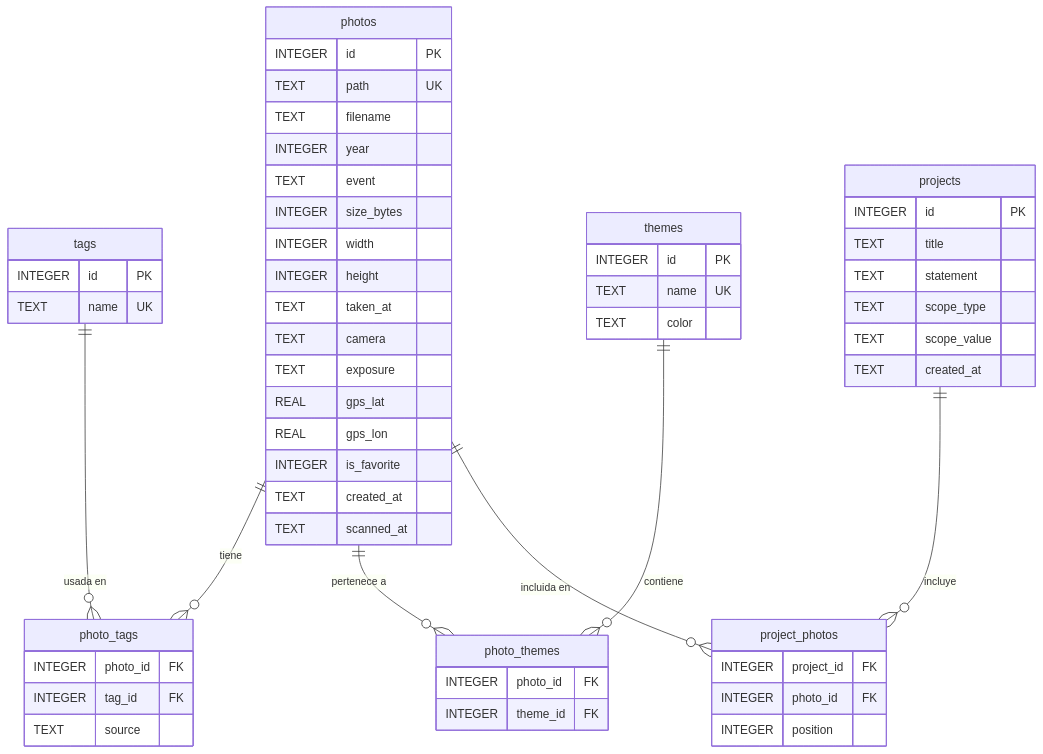
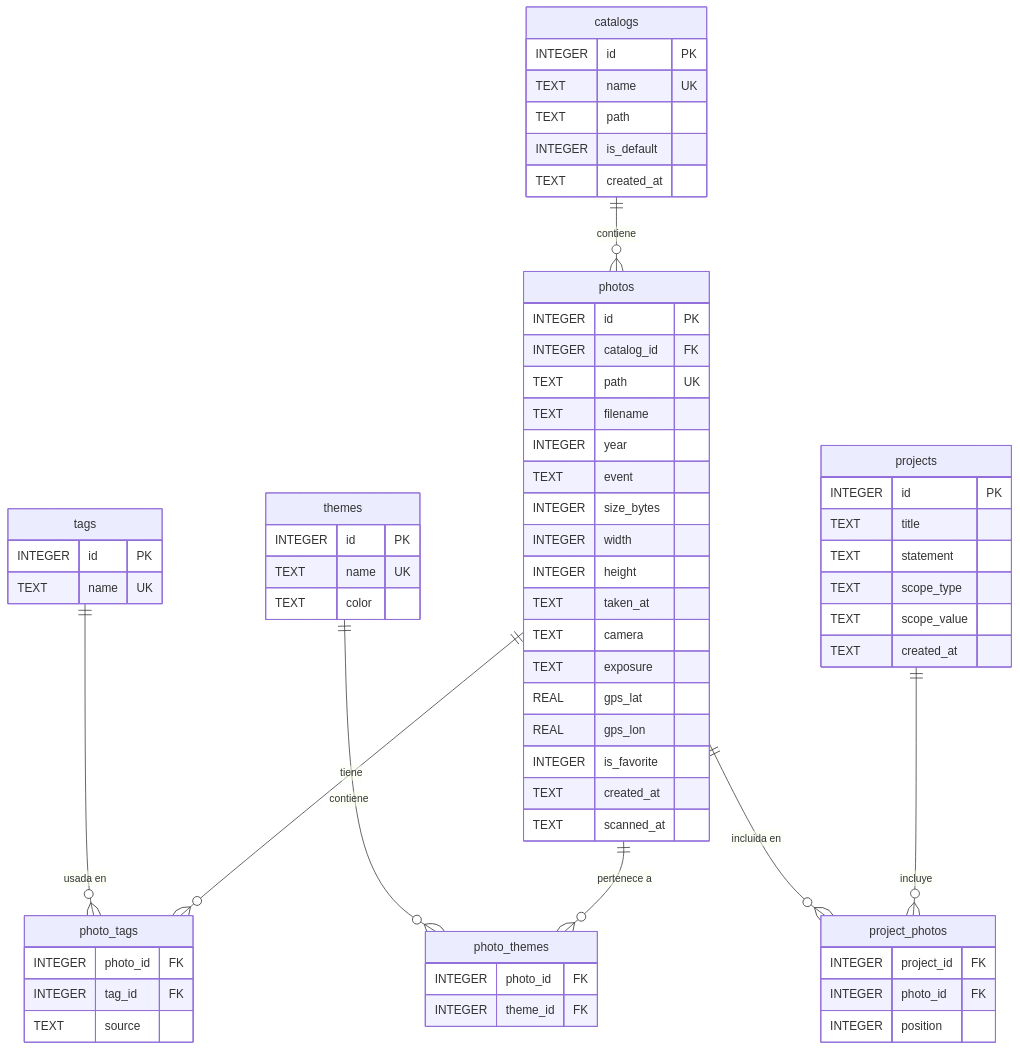
One commit to labombina7/photoshelf changed the diagram in docs/tecnico/02-base-de-datos.md. Above: the diagram before and after it, drawn with Mermaid. The commit also changed other lines of this file and 5 other files, not shown here.

````diff
--- a/docs/tecnico/02-base-de-datos.md
+++ b/docs/tecnico/02-base-de-datos.md
@@ -13,65 +13,75 @@
 ```mermaid
 erDiagram
+    catalogs {
+        INTEGER id PK
+        TEXT name UK
+        TEXT path
+        INTEGER is_default
+        TEXT created_at
+    }
+
     photos {
         INTEGER id PK
+        INTEGER catalog_id FK
         TEXT path UK
         TEXT filename
         INTEGER year
         TEXT event
         INTEGER size_bytes
         INTEGER width
         INTEGER height
         TEXT taken_at
         TEXT camera
         TEXT exposure
         REAL gps_lat
         REAL gps_lon
         INTEGER is_favorite
         TEXT created_at
         TEXT scanned_at
     }
 
     tags {
         INTEGER id PK
         TEXT name UK
     }
 
     photo_tags {
         INTEGER photo_id FK
         INTEGER tag_id FK
         TEXT source
     }
 
     themes {
         INTEGER id PK
         TEXT name UK
         TEXT color
     }
 
     photo_themes {
         INTEGER photo_id FK
         INTEGER theme_id FK
     }
 
     projects {
         INTEGER id PK
         TEXT title
         TEXT statement
         TEXT scope_type
         TEXT scope_value
         TEXT created_at
     }
 
     project_photos {
         INTEGER project_id FK
         INTEGER photo_id FK
         INTEGER position
     }
 
+    catalogs ||--o{ photos : "contiene"
     photos ||--o{ photo_tags : "tiene"
     tags ||--o{ photo_tags : "usada en"
     photos ||--o{ photo_themes : "pertenece a"
     themes ||--o{ photo_themes : "contiene"
     projects ||--o{ project_photos : "incluye"
     photos ||--o{ project_photos : "incluida en"
 ```
````
